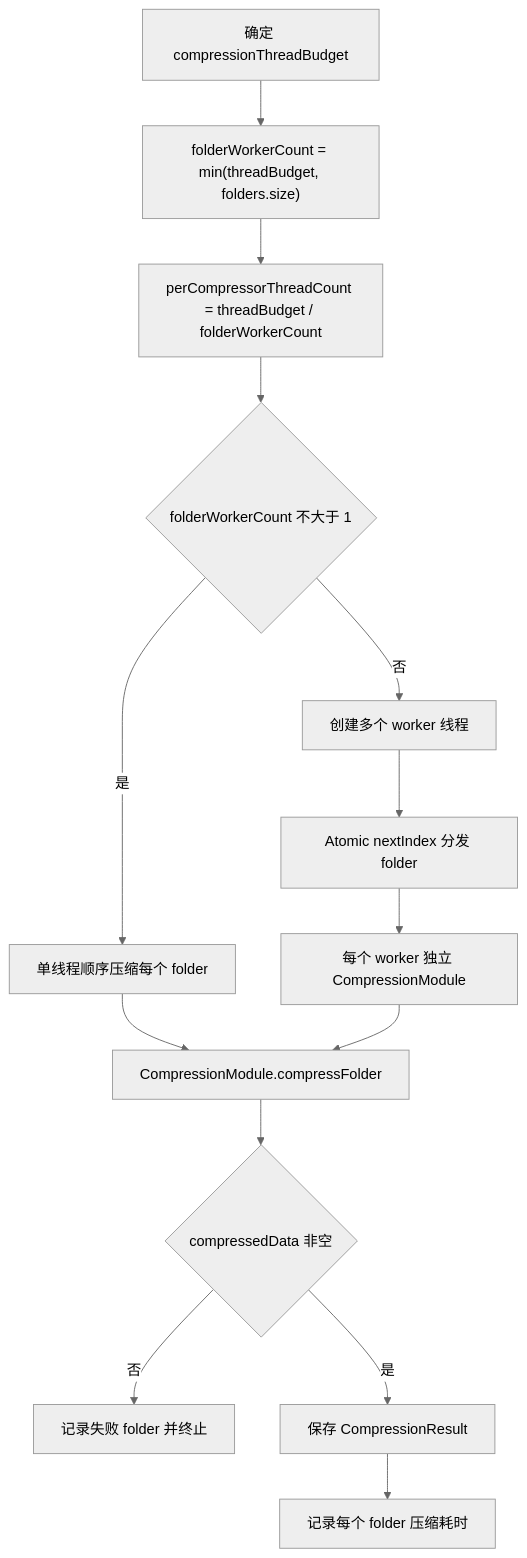
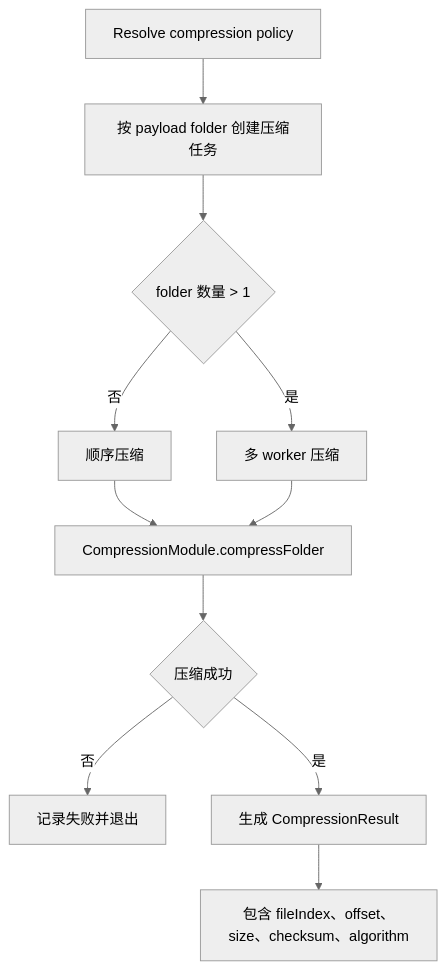
One commit to lu020218/Multi-Threaded_Installer changed the fourth of 6 diagrams in docs/打包器流程图.md. Above: the diagram before and after it, drawn with Mermaid (neutral theme). The commit also changed other lines of this file and 63 other files, not shown here.

````diff
--- a/docs/打包器流程图.md
+++ b/docs/打包器流程图.md
@@ -95,16 +71,13 @@
 ```mermaid
 flowchart TD
-    A["确定 compressionThreadBudget"] --> B["folderWorkerCount = min(threadBudget, folders.size)"]
-    B --> C["perCompressorThreadCount = threadBudget / folderWorkerCount"]
-    C --> D{"folderWorkerCount 不大于 1"}
-    D -->|是| E["单线程顺序压缩每个 folder"]
-    D -->|否| F["创建多个 worker 线程"]
-    F --> G["Atomic nextIndex 分发 folder"]
-    G --> H["每个 worker 独立 CompressionModule"]
-    E --> I["CompressionModule.compressFolder"]
-    H --> I
-    I --> J{"compressedData 非空"}
-    J -->|否| J1["记录失败 folder 并终止"]
-    J -->|是| K["保存 CompressionResult"]
-    K --> L["记录每个 folder 压缩耗时"]
+    A["Resolve compression policy"] --> B["按 payload folder 创建压缩任务"]
+    B --> C{"folder 数量 > 1"}
+    C -->|否| D["顺序压缩"]
+    C -->|是| E["多 worker 压缩"]
+    D --> F["CompressionModule.compressFolder"]
+    E --> F
+    F --> G{"压缩成功"}
+    G -->|否| G1["记录失败并退出"]
+    G -->|是| H["生成 CompressionResult"]
+    H --> I["包含 fileIndex、offset、size、checksum、algorithm"]
 ```
````
